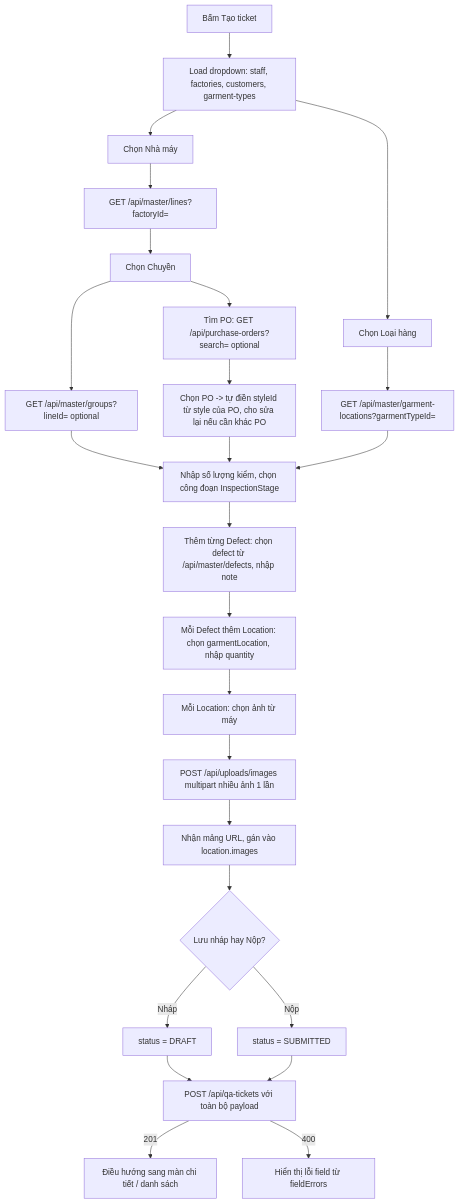
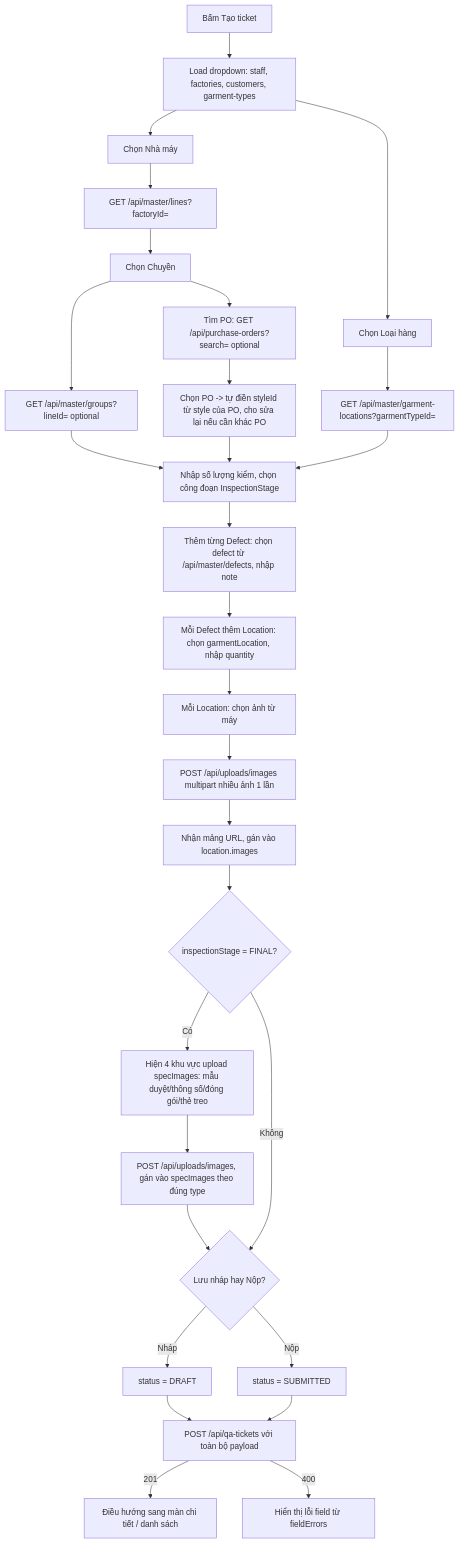
Before and after one commit to phatbt237/qaticket_be: the second of 4 diagrams in frontend.md, drawn with Mermaid. The commit also changed other lines of this file and 1 other file, not shown here.

Commit message:
Restrict spec images to FINAL inspection stage
Spec images (approved sample/size spec/packing/hangtag) only make
sense at the final inspection, so reject the request with 400 if
specImages is non-empty on any other inspectionStage.

````diff
--- a/frontend.md
+++ b/frontend.md
@@ -351,24 +356,28 @@
 ```mermaid
 flowchart TD
     A[Bấm Tạo ticket] --> B[Load dropdown: staff, factories, customers, garment-types]
     B --> C[Chọn Nhà máy] --> D[GET /api/master/lines?factoryId= ]
     D --> E[Chọn Chuyền] --> F[GET /api/master/groups?lineId= optional]
     E --> G[Tìm PO: GET /api/purchase-orders?search= optional]
     G --> G2[Chọn PO -> tự điền styleId từ style của PO, cho sửa lại nếu cần khác PO]
     B --> H[Chọn Loại hàng] --> I[GET /api/master/garment-locations?garmentTypeId= ]
     F --> J[Nhập số lượng kiểm, chọn công đoạn InspectionStage]
     I --> J
     G2 --> J
     J --> K[Thêm từng Defect: chọn defect từ /api/master/defects, nhập note]
     K --> L[Mỗi Defect thêm Location: chọn garmentLocation, nhập quantity]
     L --> M[Mỗi Location: chọn ảnh từ máy]
     M --> N[POST /api/uploads/images multipart nhiều ảnh 1 lần]
     N --> O[Nhận mảng URL, gán vào location.images]
-    O --> P{Lưu nháp hay Nộp?}
+    O --> P2{inspectionStage = FINAL?}
+    P2 -- Có --> P3[Hiện 4 khu vực upload specImages: mẫu duyệt/thông số/đóng gói/thẻ treo]
+    P3 --> P4[POST /api/uploads/images, gán vào specImages theo đúng type]
+    P2 -- Không --> P{Lưu nháp hay Nộp?}
+    P4 --> P
     P -- Nháp --> Q[status = DRAFT]
     P -- Nộp --> R[status = SUBMITTED]
     Q --> S[POST /api/qa-tickets với toàn bộ payload]
     R --> S
     S -- 201 --> T[Điều hướng sang màn chi tiết / danh sách]
     S -- 400 --> U[Hiển thị lỗi field từ fieldErrors]
 ```
````
